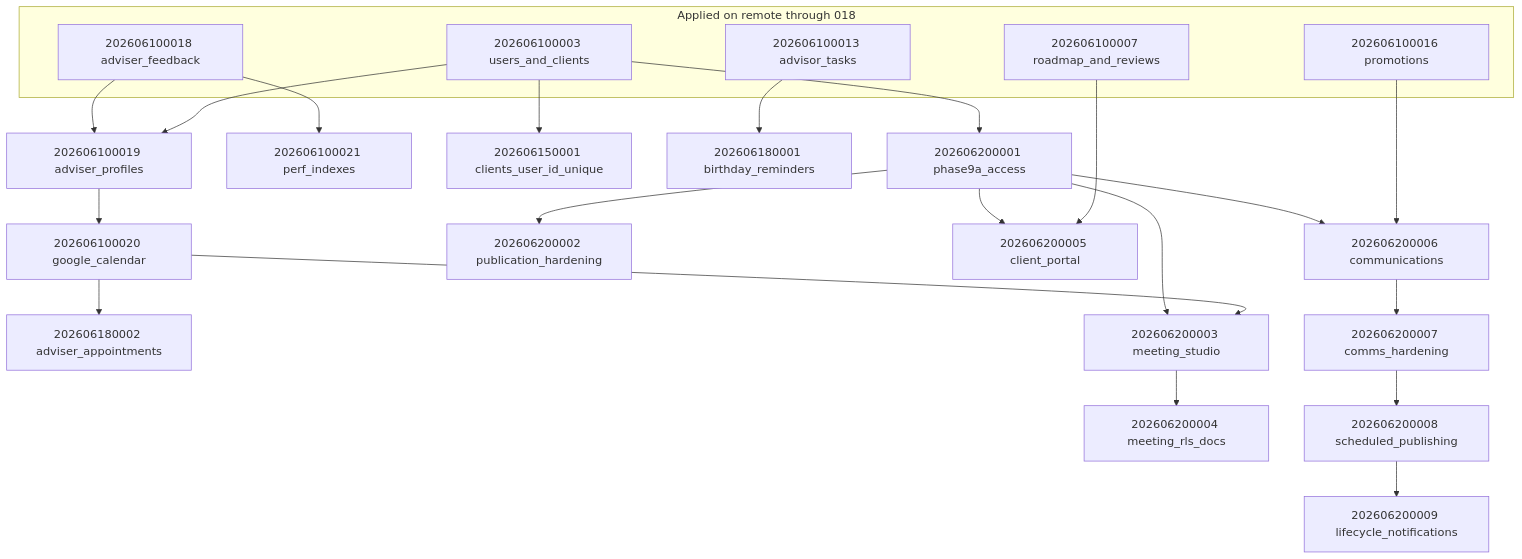
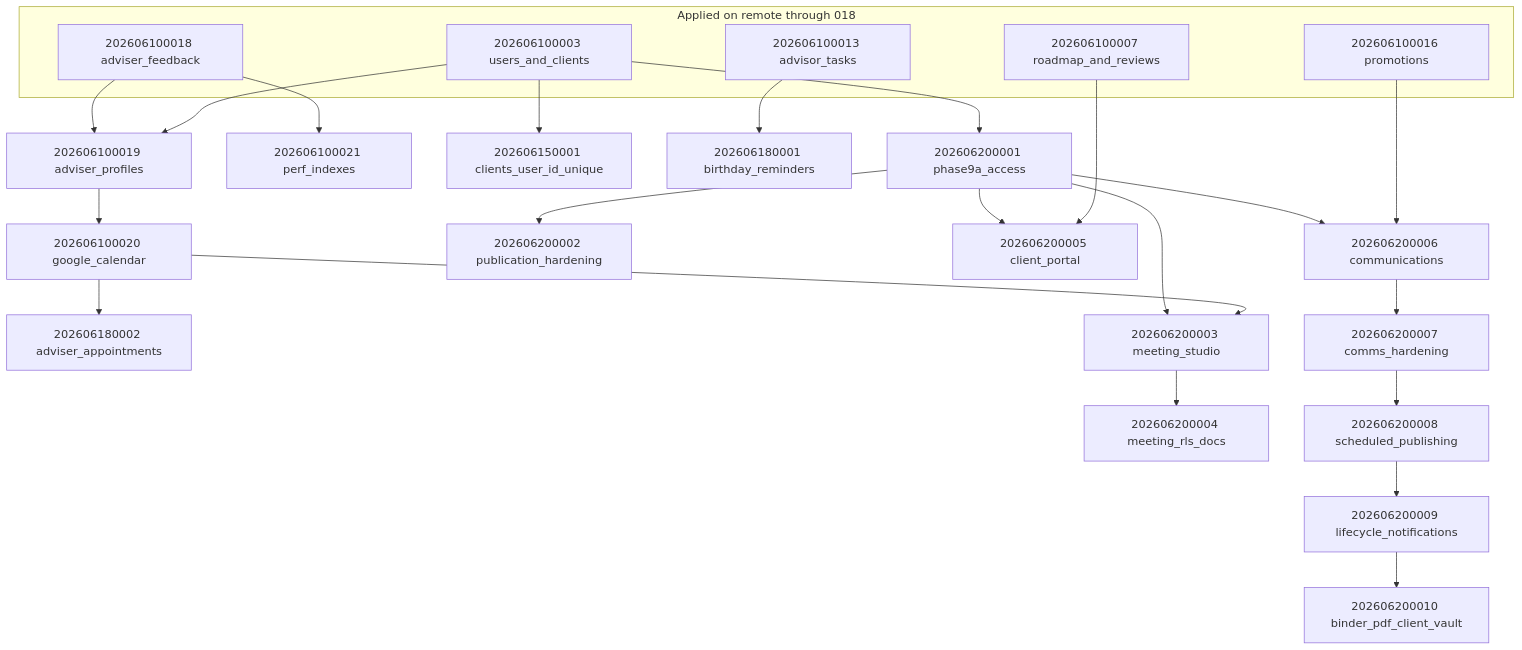
Before and after one commit to marclucas101/aegis-wealth-os: the diagram in docs/MIGRATION_DEPENDENCY_GRAPH.md, drawn with Mermaid. The commit also changed other lines of this file and 77 other files, not shown here.

Commit message:
complete Phase 9F.3 binder PDF and client vault

````diff
--- a/docs/MIGRATION_DEPENDENCY_GRAPH.md
+++ b/docs/MIGRATION_DEPENDENCY_GRAPH.md
@@ -5,46 +5,48 @@
 ```mermaid
 flowchart TD
   subgraph applied [Applied on remote through 018]
     M003[202606100003 users_and_clients]
     M007[202606100007 roadmap_and_reviews]
     M013[202606100013 advisor_tasks]
     M016[202606100016 promotions]
     M018[202606100018 adviser_feedback]
   end
 
   M019[202606100019 adviser_profiles]
   M020[202606100020 google_calendar]
   M021[202606100021 perf_indexes]
   M150[202606150001 clients_user_id_unique]
   M8A[202606180001 birthday_reminders]
   M8B[202606180002 adviser_appointments]
   M9A1[202606200001 phase9a_access]
   M9A2[202606200002 publication_hardening]
   M9C1[202606200003 meeting_studio]
   M9C2[202606200004 meeting_rls_docs]
   M9D[202606200005 client_portal]
   M9E1[202606200006 communications]
   M9E2[202606200007 comms_hardening]
   M9F1[202606200008 scheduled_publishing]
   M9F2[202606200009 lifecycle_notifications]
+  M9F3[202606200010 binder_pdf_client_vault]
 
   M018 --> M019
   M003 --> M019
   M019 --> M020
   M018 --> M021
   M003 --> M150
   M013 --> M8A
   M020 --> M8B
   M003 --> M9A1
   M9A1 --> M9A2
   M9A1 --> M9C1
   M020 --> M9C1
   M9C1 --> M9C2
   M9A1 --> M9D
   M007 --> M9D
   M9A1 --> M9E1
   M016 --> M9E1
   M9E1 --> M9E2
   M9E2 --> M9F1
   M9F1 --> M9F2
+  M9F2 --> M9F3
 ```
````
